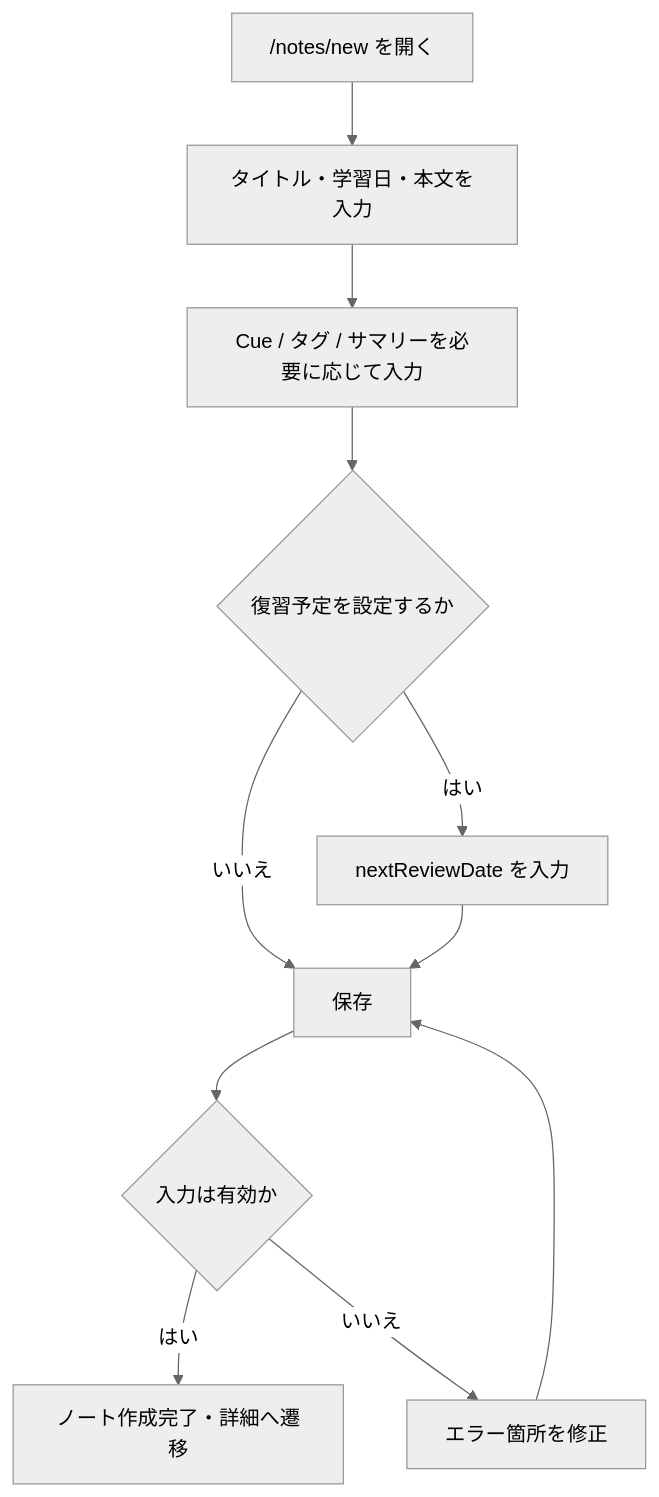
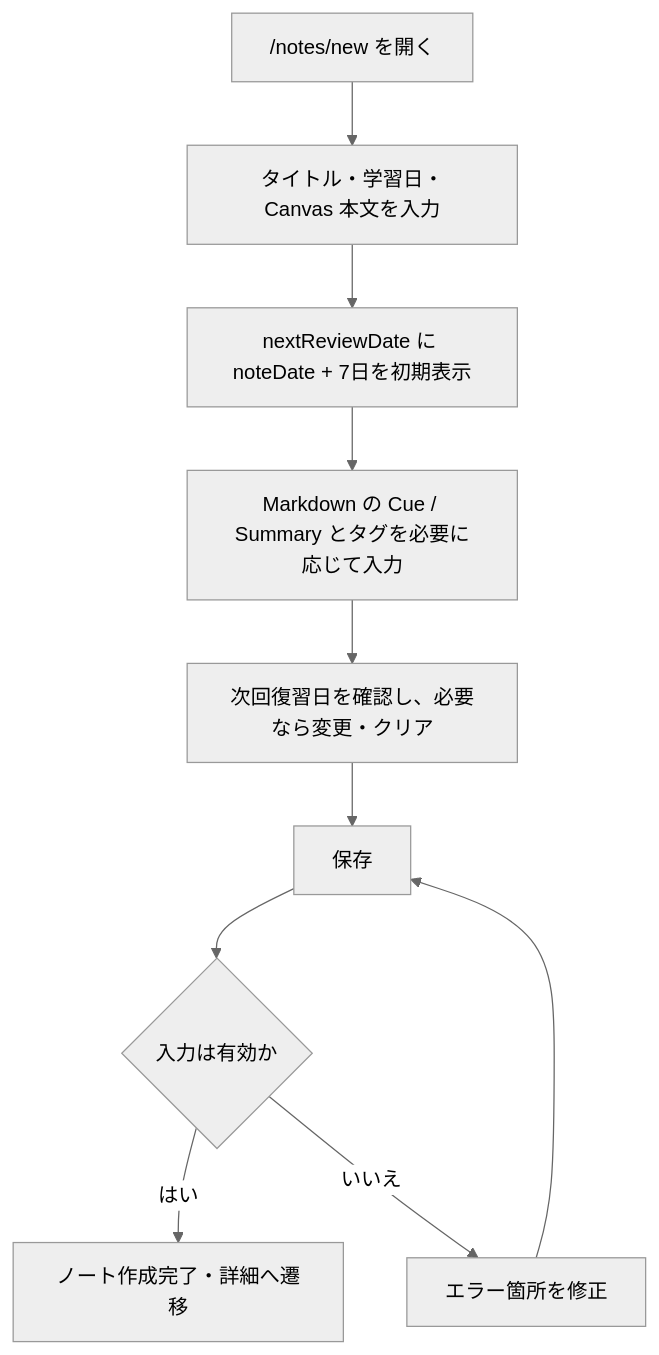
Before and after one commit to ka-akehi/Cornell-Method: the first of 3 diagrams in doc/workflows/MVP_WORKFLOW_DESIGN.md, drawn with Mermaid (neutral theme). The commit also changed other lines of this file and 1208 other files, not shown here.

````diff
--- a/doc/workflows/MVP_WORKFLOW_DESIGN.md
+++ b/doc/workflows/MVP_WORKFLOW_DESIGN.md
@@ -99,13 +114,12 @@
 ```mermaid
 flowchart TD
-  Start["/notes/new を開く"] --> InputCore["タイトル・学習日・本文を入力"]
-  InputCore --> AddCue["Cue / タグ / サマリーを必要に応じて入力"]
-  AddCue --> DecideReview{"復習予定を設定するか"}
-  DecideReview -- "はい" --> SetReview["nextReviewDate を入力"]
-  DecideReview -- "いいえ" --> Save
-  SetReview --> Save["保存"]
+  Start["/notes/new を開く"] --> InputCore["タイトル・学習日・Canvas 本文を入力"]
+  InputCore --> InitReview["nextReviewDate に noteDate + 7日を初期表示"]
+  InitReview --> AddCue["Markdown の Cue / Summary とタグを必要に応じて入力"]
+  AddCue --> AdjustReview["次回復習日を確認し、必要なら変更・クリア"]
+  AdjustReview --> Save["保存"]
   Save --> Validate{"入力は有効か"}
   Validate -- "はい" --> Created["ノート作成完了・詳細へ遷移"]
   Validate -- "いいえ" --> Fix["エラー箇所を修正"]
   Fix --> Save
 ```
````
